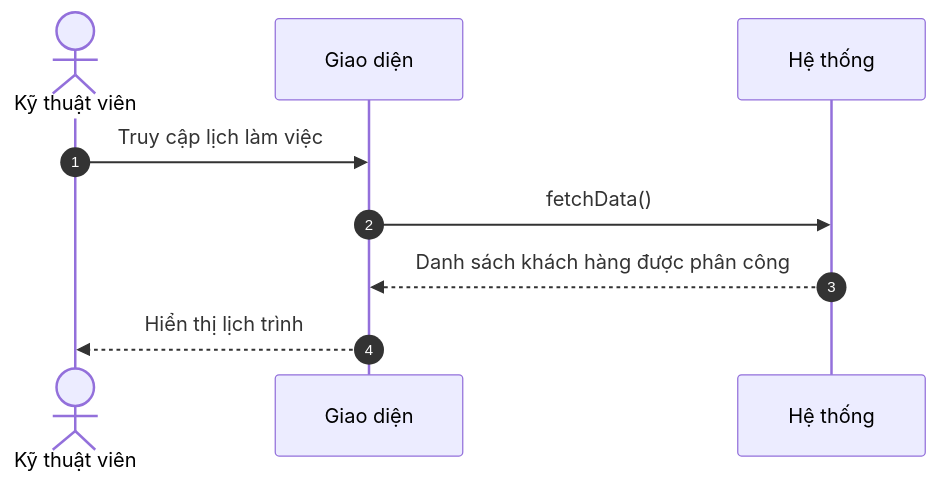
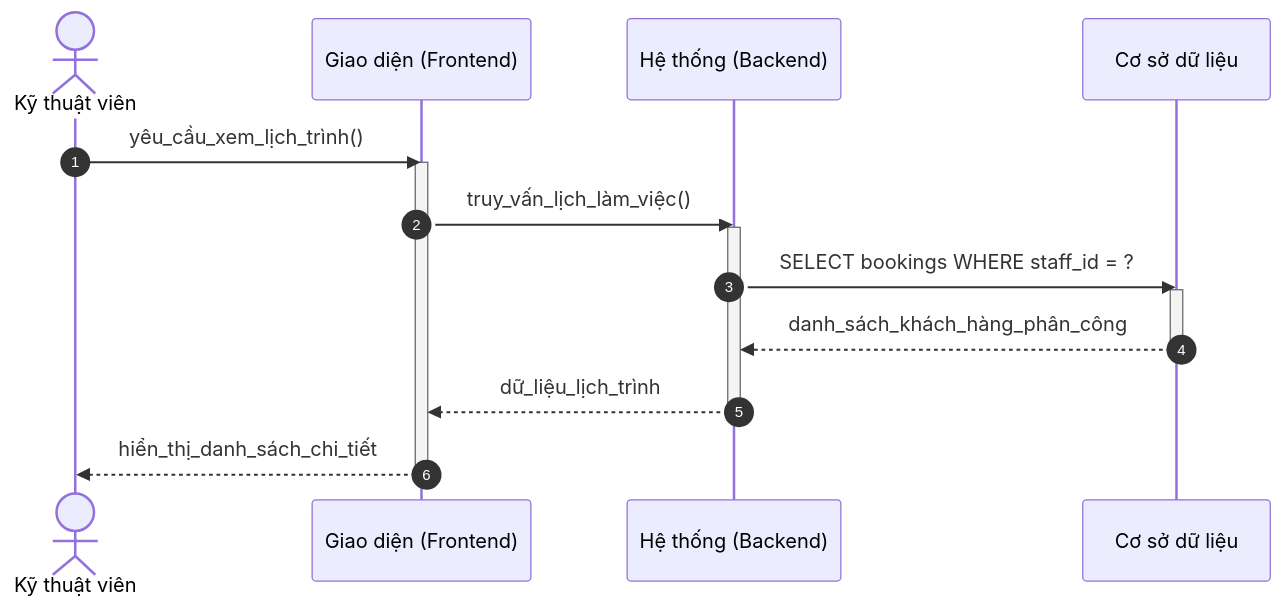
Before and after one commit to ngoctinn/Synapse: the first of 2 diagrams in docs/design/sequences_simplified/technician_flows.md, drawn with Mermaid. The commit also changed other lines of this file and 4 other files, not shown here.

Commit message:
docs: Add simplified sequence diagrams for receptionist, technician, admin, customer, and authentication flows.

````diff
--- a/docs/design/sequences_simplified/technician_flows.md
+++ b/docs/design/sequences_simplified/technician_flows.md
@@ -9,12 +9,21 @@
 ```mermaid
 sequenceDiagram
     autonumber
     actor KTV as Kỹ thuật viên
-    participant UI as Giao diện
-    participant HT as Hệ thống
+    participant FE as Giao diện (Frontend)
+    participant BE as Hệ thống (Backend)
+    participant DB as Cơ sở dữ liệu
 
-    KTV->>UI: Truy cập lịch làm việc
-    UI->>HT: fetchData()
-    HT-->>UI: Danh sách khách hàng được phân công
-    UI-->>KTV: Hiển thị lịch trình
+    KTV->>FE: yêu_cầu_xem_lịch_trình()
+    activate FE
+    FE->>BE: truy_vấn_lịch_làm_việc()
+    activate BE
+    BE->>DB: SELECT bookings WHERE staff_id = ?
+    activate DB
+    DB-->>BE: danh_sách_khách_hàng_phân_công
+    deactivate DB
+    BE-->>FE: dữ_liệu_lịch_trình
+    deactivate BE
+    FE-->>KTV: hiển_thị_danh_sách_chi_tiết
+    deactivate FE
 ```
````
